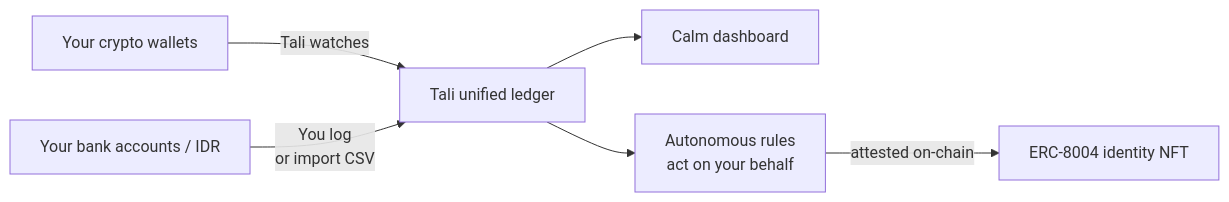
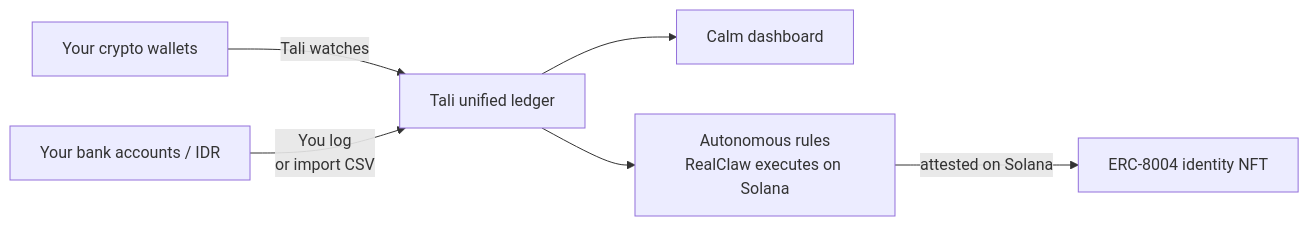
Before and after one commit to aliyanamu/tali: the diagram in README.md, drawn with Mermaid. The commit also changed other lines of this file and 4 other files, not shown here.

First line of the commit message:
docs: update product narrative and architecture for realclaw-integration

````diff
--- a/README.md
+++ b/README.md
@@ -15,8 +30,8 @@
 ```mermaid
 graph LR
     A[Your crypto wallets] -->|Tali watches| C
     B[Your bank accounts / IDR] -->|You log<br/>or import CSV| C
     C[Tali unified ledger] --> D[Calm dashboard]
-    C --> E[Autonomous rules<br/>act on your behalf]
-    E -->|attested on-chain| F[ERC-8004 identity NFT]
+    C --> E[Autonomous rules<br/>RealClaw executes on Solana]
+    E -->|attested on Solana| F[ERC-8004 identity NFT]
 ```
````
